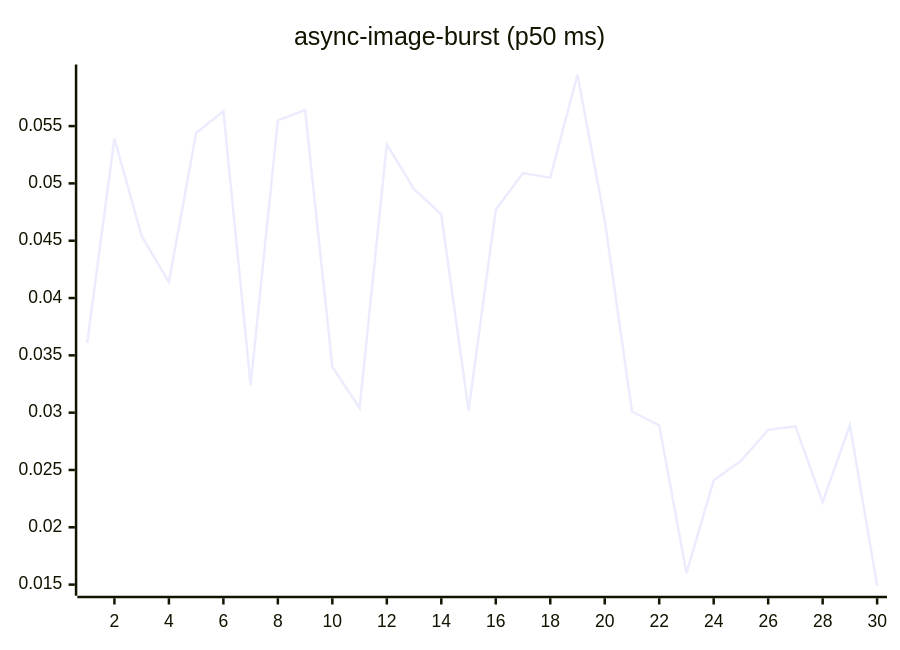
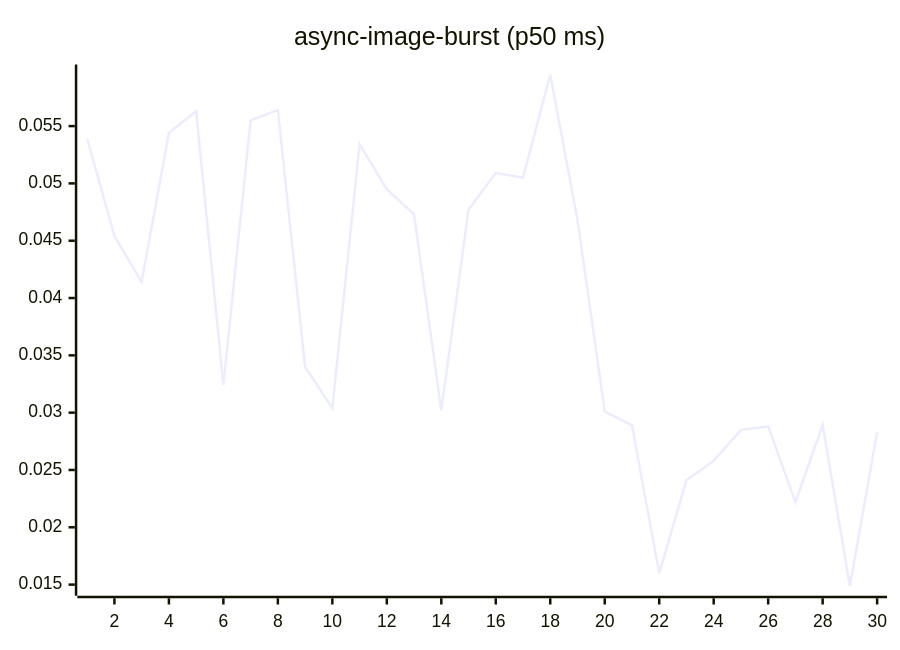
Before and after one commit to josha/Facet: the fourth of 27 diagrams in README.md, drawn with Mermaid. The commit also changed other lines of this file and 2 other files, not shown here.

````diff
--- a/README.md
+++ b/README.md
@@ -84,6 +84,6 @@
 ```mermaid
 xychart-beta
     title "async-image-burst (p50 ms)"
     x-axis 1 --> 30
-    line [0.0361, 0.0539, 0.0454, 0.0414, 0.0544, 0.0563, 0.0324, 0.0555, 0.0564, 0.0340, 0.0304, 0.0534, 0.0495, 0.0473, 0.0302, 0.0477, 0.0509, 0.0505, 0.0595, 0.0468, 0.0301, 0.0289, 0.0160, 0.0241, 0.0258, 0.0285, 0.0288, 0.0222, 0.0289, 0.0149]
+    line [0.0539, 0.0454, 0.0414, 0.0544, 0.0563, 0.0324, 0.0555, 0.0564, 0.0340, 0.0304, 0.0534, 0.0495, 0.0473, 0.0302, 0.0477, 0.0509, 0.0505, 0.0595, 0.0468, 0.0301, 0.0289, 0.0160, 0.0241, 0.0258, 0.0285, 0.0288, 0.0222, 0.0289, 0.0149, 0.0283]
 ```
````
